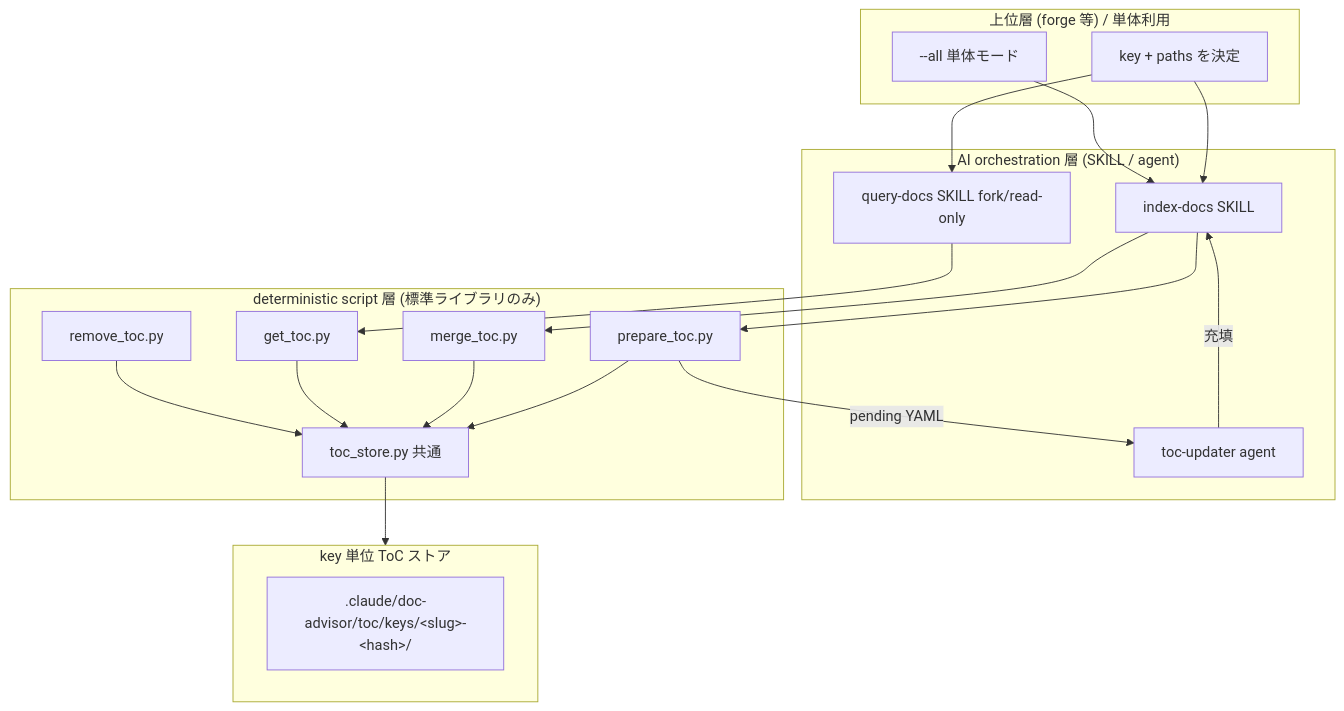
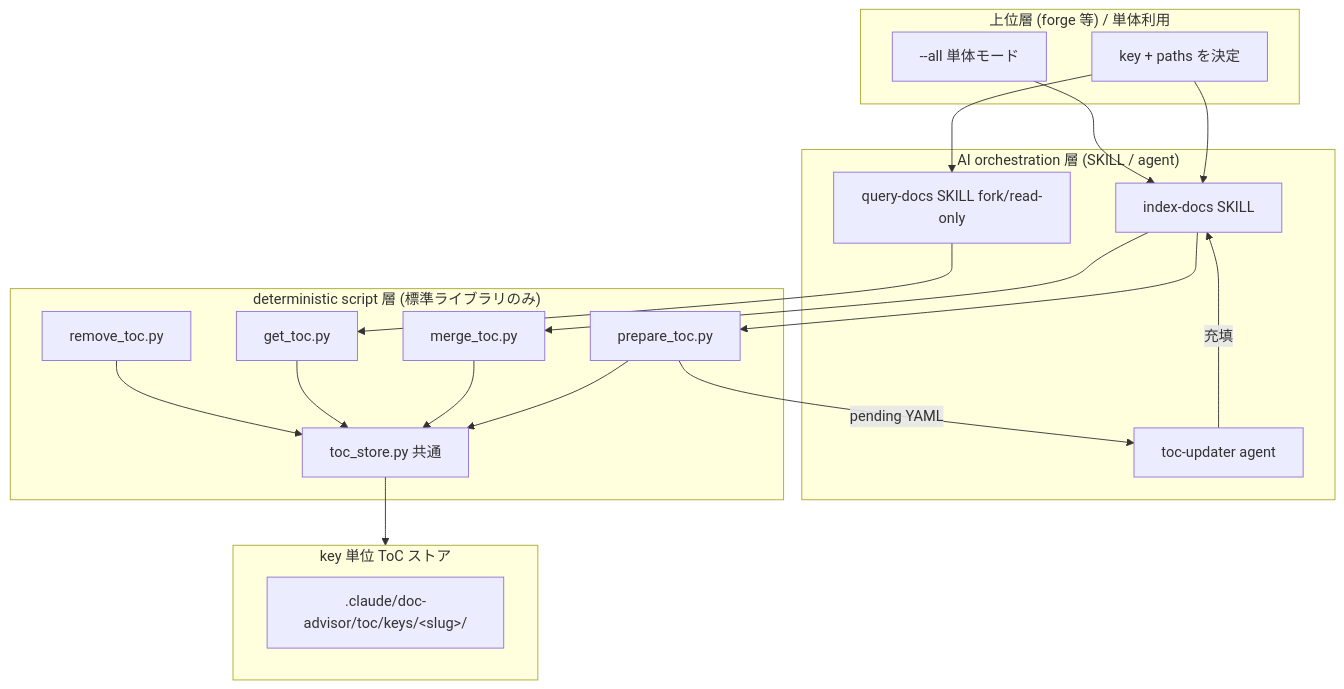
Before and after one commit to BlueEventHorizon/DocAdvisor-CC: the first of 7 diagrams in docs/specs/base/design/DES-005_toc_generation_flow.md, drawn with Mermaid. The commit also changed other lines of this file and 23 other files, not shown here.

````diff
--- a/docs/specs/base/design/DES-005_toc_generation_flow.md
+++ b/docs/specs/base/design/DES-005_toc_generation_flow.md
@@ -29,39 +29,39 @@
 ```mermaid
 flowchart TB
     subgraph Upper["上位層 (forge 等) / 単体利用"]
         U1[key + paths を決定]
         U2[--all 単体モード]
     end
 
     subgraph AI["AI orchestration 層 (SKILL / agent)"]
         S1[index-docs SKILL]
         S2[query-docs SKILL fork/read-only]
         A1[toc-updater agent]
     end
 
     subgraph Det["deterministic script 層 (標準ライブラリのみ)"]
         P1[prepare_toc.py]
         P2[merge_toc.py]
         P3[get_toc.py]
         P4[remove_toc.py]
         C1[toc_store.py 共通]
     end
 
     subgraph Store["key 単位 ToC ストア"]
-        ST[.claude/doc-advisor/toc/keys/&lt;slug&gt;-&lt;hash&gt;/]
+        ST[.claude/doc-advisor/toc/keys/&lt;slug&gt;/]
     end
 
     U1 --> S1
     U2 --> S1
     U1 --> S2
     S1 --> P1
     P1 -->|pending YAML| A1
     A1 -->|充填| S1
     S1 --> P2
     S2 --> P3
     P1 --> C1
     P2 --> C1
     P3 --> C1
     P4 --> C1
     C1 --> Store
 ```
````
